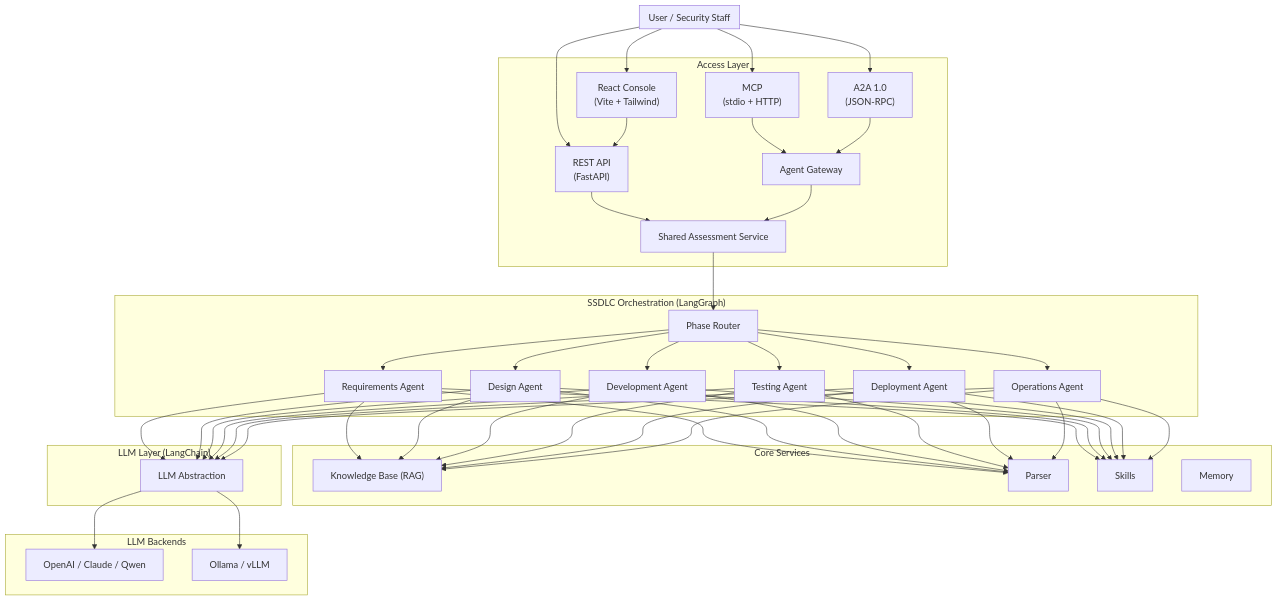
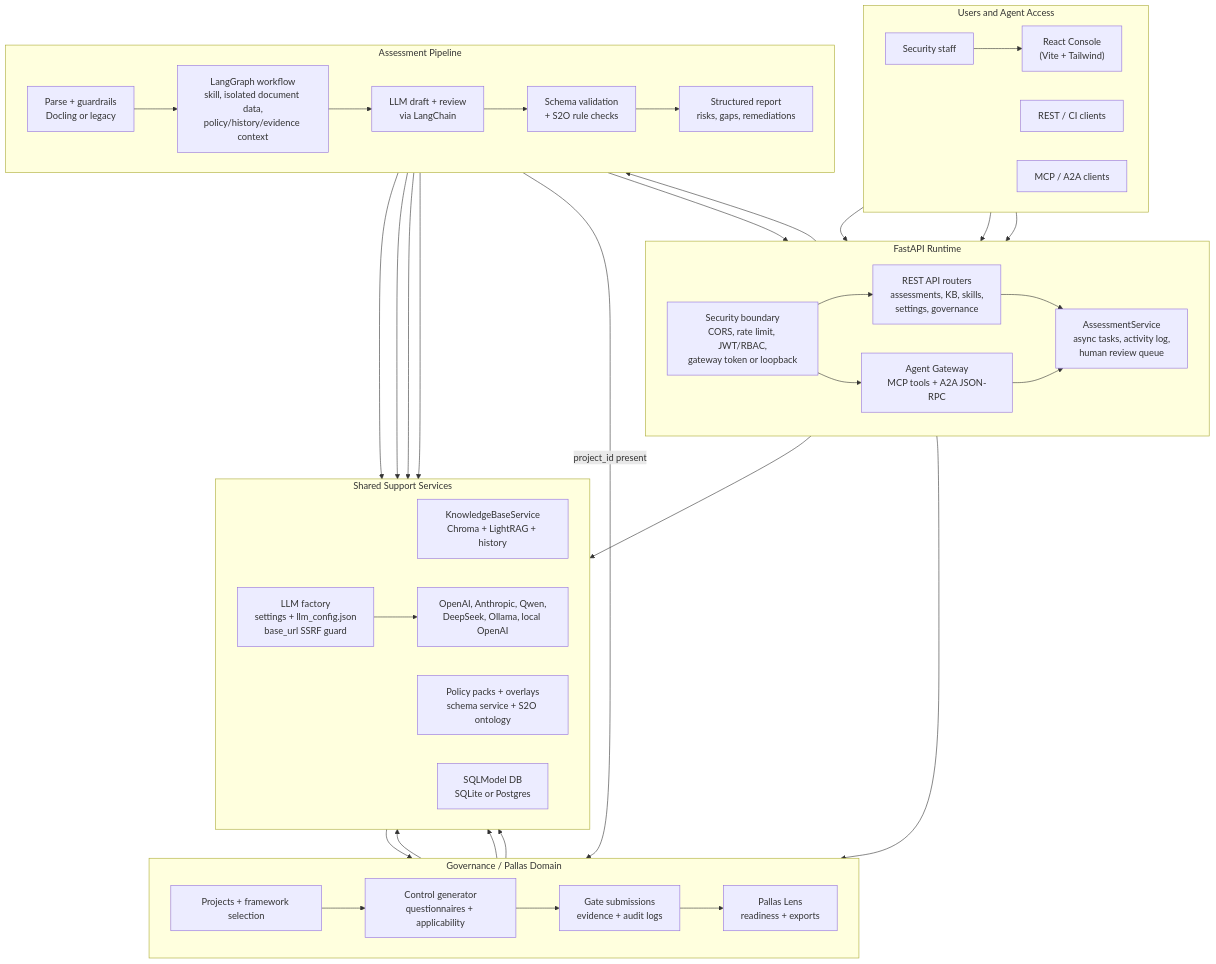
Before and after one commit to arthurpanhku/DocSentinel: the diagram in README.md, drawn with Mermaid. The commit also changed other lines of this file and 1 other file, not shown here.

Commit message:
docs: update architecture diagram

````diff
--- a/README.md
+++ b/README.md
@@ -114,47 +117,67 @@
 ```mermaid
 flowchart TB
-    subgraph User["User / Security Staff"]
-    end
-    subgraph Access["Access Layer"]
+    subgraph Access["Users and Agent Access"]
+        direction LR
+        Staff["Security staff"]
         Console["React Console<br/>(Vite + Tailwind)"]
-        API["REST API<br/>(FastAPI)"]
-        Gateway["Agent Gateway"]
-        MCP["MCP<br/>(stdio + HTTP)"]
-        A2A["A2A 1.0<br/>(JSON-RPC)"]
-        Tasks["Shared Assessment Service"]
-    end
-    subgraph Orchestration["SSDLC Orchestration (LangGraph)"]
-        Router["Phase Router"]
-        A1["Requirements Agent"]
-        A2["Design Agent"]
-        A3["Development Agent"]
-        A4["Testing Agent"]
-        A5["Deployment Agent"]
-        A6["Operations Agent"]
-    end
-    subgraph Core["Core Services"]
-        KB["Knowledge Base (RAG)"]
-        Parser["Parser"]
-        Skill["Skills"]
-        Mem["Memory"]
-    end
-    subgraph LLM["LLM Layer (LangChain)"]
-        Abst["LLM Abstraction"]
-    end
-    subgraph Backends["LLM Backends"]
-        Cloud["OpenAI / Claude / Qwen"]
-        Local["Ollama / vLLM"]
+        RESTClient["REST / CI clients"]
+        AgentClient["MCP / A2A clients"]
     end
 
-    User --> Console
-    User --> API
-    Console --> API
-    User --> MCP & A2A
-    MCP & A2A --> Gateway
-    API & Gateway --> Tasks
-    Tasks --> Router
-    Router --> A1 & A2 & A3 & A4 & A5 & A6
-    A1 & A2 & A3 & A4 & A5 & A6 --> KB & Parser & Skill
-    A1 & A2 & A3 & A4 & A5 & A6 --> Abst
-    Abst --> Cloud & Local
+    subgraph Runtime["FastAPI Runtime"]
+        direction LR
+        Security["Security boundary<br/>CORS, rate limit, JWT/RBAC,<br/>gateway token or loopback"]
+        REST["REST API routers<br/>assessments, KB, skills,<br/>settings, governance"]
+        Gateway["Agent Gateway<br/>MCP tools + A2A JSON-RPC"]
+        Tasks["AssessmentService<br/>async tasks, activity log,<br/>human review queue"]
+    end
+
+    subgraph Pipeline["Assessment Pipeline"]
+        direction LR
+        Parse["Parse + guardrails<br/>Docling or legacy"]
+        Graph["LangGraph workflow<br/>skill, isolated document data,<br/>policy/history/evidence context"]
+        Review["LLM draft + review<br/>via LangChain"]
+        Validate["Schema validation<br/>+ S2O rule checks"]
+        Report["Structured report<br/>risks, gaps, remediations"]
+    end
+
+    subgraph Governance["Governance / Pallas Domain"]
+        direction LR
+        Projects["Projects + framework selection"]
+        Controls["Control generator<br/>questionnaires + applicability"]
+        Evidence["Gate submissions<br/>evidence + audit logs"]
+        Lens["Pallas Lens<br/>readiness + exports"]
+    end
+
+    subgraph Support["Shared Support Services"]
+        direction LR
+        KB["KnowledgeBaseService<br/>Chroma + LightRAG + history"]
+        Policies["Policy packs + overlays<br/>schema service + S2O ontology"]
+        LLMFactory["LLM factory<br/>settings + llm_config.json<br/>base_url SSRF guard"]
+        Providers["OpenAI, Anthropic, Qwen,<br/>DeepSeek, Ollama, local OpenAI"]
+        DB["SQLModel DB<br/>SQLite or Postgres"]
+    end
+
+    Staff --> Console
+    Console --> Security
+    RESTClient --> Security
+    AgentClient --> Security
+    Security --> REST
+    Security --> Gateway
+    REST --> Tasks
+    Gateway --> Tasks
+    REST --> Projects
+    REST --> KB
+    Tasks --> Parse --> Graph --> Review --> Validate --> Report
+    Report --> Tasks
+    Report -->|project_id present| Evidence
+    Projects --> Controls --> Evidence --> Lens
+    Graph --> KB
+    Graph --> Policies
+    Review --> LLMFactory --> Providers
+    Validate --> Policies
+    Policies --> Controls
+    Projects --> DB
+    Controls --> DB
+    Evidence --> DB
 ```
````
